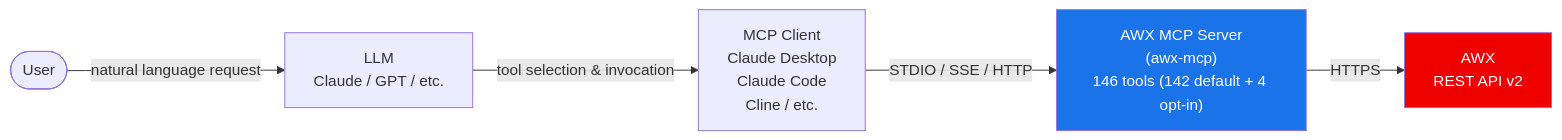
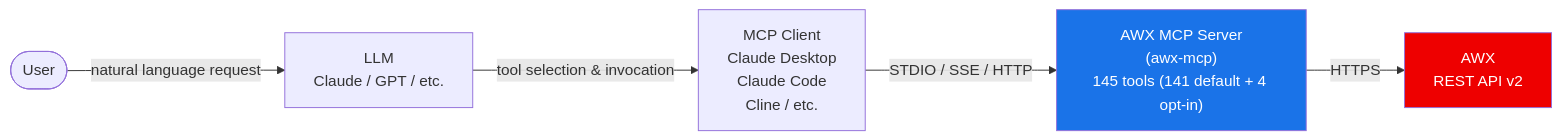
One commit to argon-kr/awx-mcp changed the diagram in README.md. Above: the diagram before and after it, drawn with Mermaid. The commit also changed other lines of this file and 21 other files, not shown here.

````diff
--- a/README.md
+++ b/README.md
@@ -91,16 +91,16 @@
 ```mermaid
 flowchart LR
     User([User])
     LLM[LLM<br/>Claude / GPT / etc.]
     MCP[MCP Client<br/>Claude Desktop<br/>Claude Code<br/>Cline / etc.]
-    AWX_MCP["AWX MCP Server<br/>(awx-mcp)<br/>146 tools (142 default + 4 opt-in)"]
+    AWX_MCP["AWX MCP Server<br/>(awx-mcp)<br/>145 tools (141 default + 4 opt-in)"]
     AWX[AWX<br/>REST API v2]
 
     User -- natural language request --> LLM
     LLM -- tool selection & invocation --> MCP
     MCP -- "STDIO / SSE / HTTP" --> AWX_MCP
     AWX_MCP -- HTTPS --> AWX
 
     style AWX_MCP fill:#1a73e8,color:#fff
     style AWX fill:#ee0000,color:#fff
 ```
````
